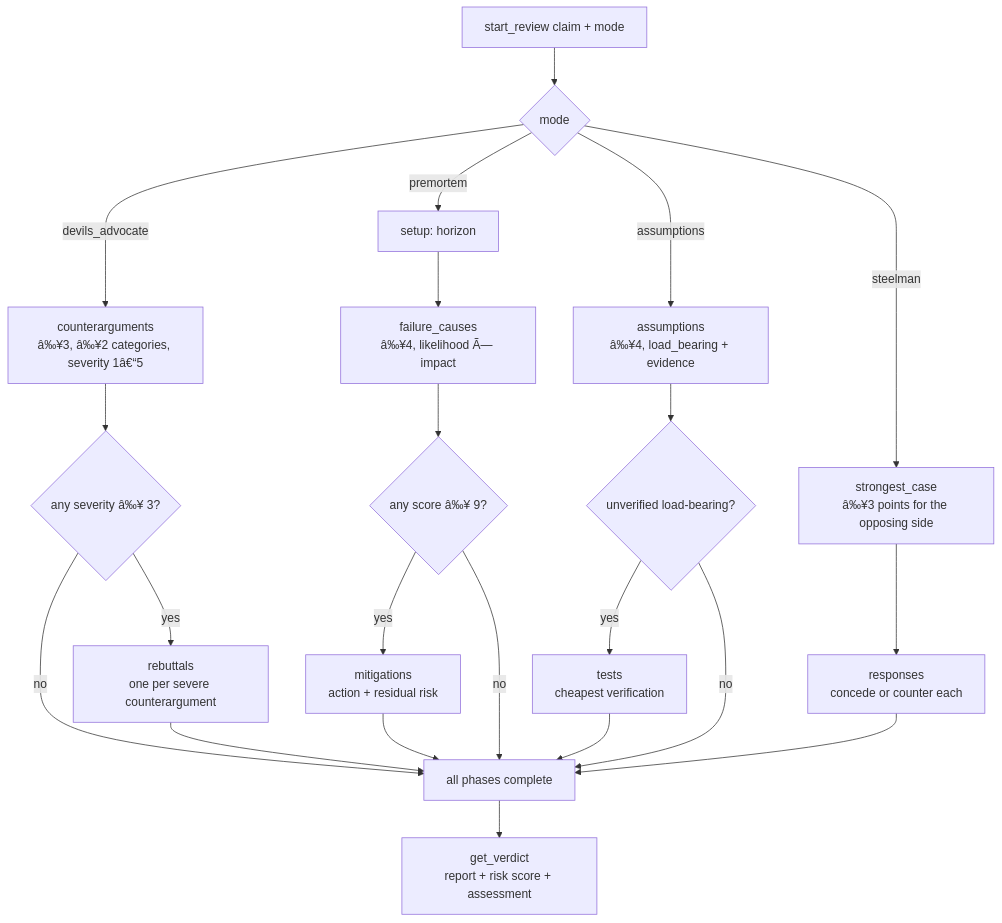
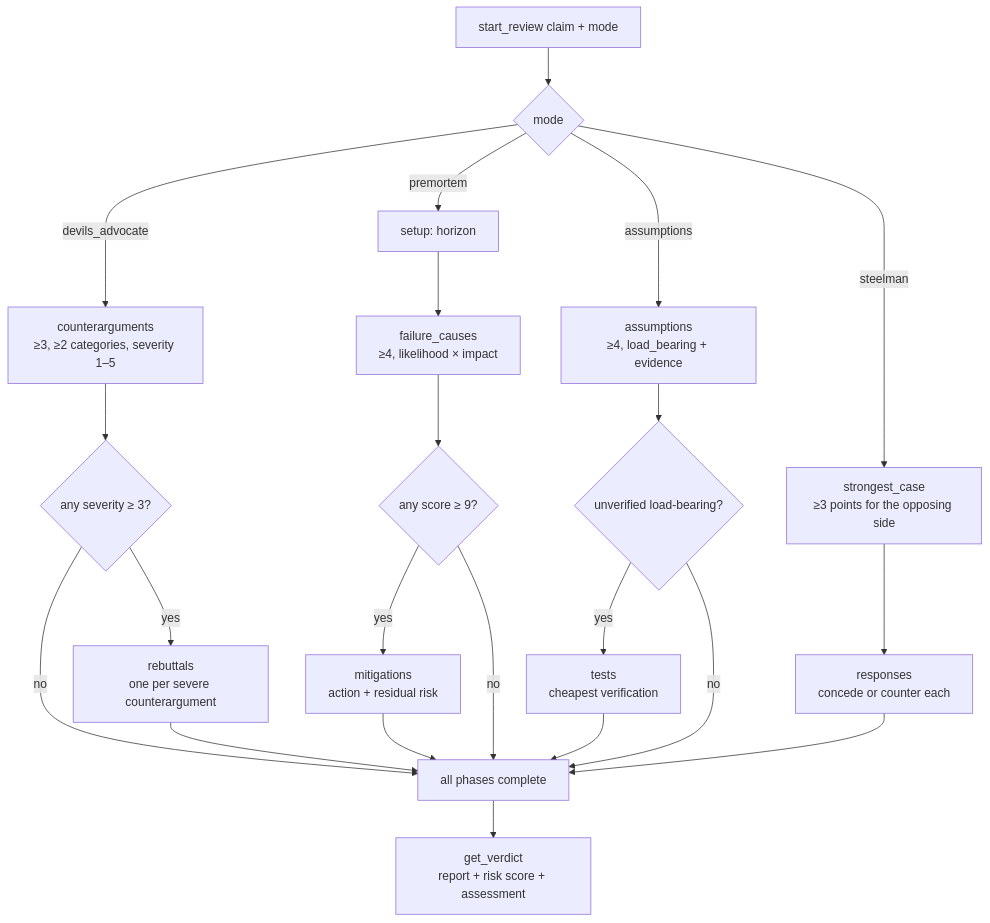
Before and after one commit to AleBrito124356/mcp-devils-advocate: the diagram in README.md, drawn with Mermaid. The commit also changed other lines of this file and 8 other files, not shown here.

````diff
--- a/README.md
+++ b/README.md
@@ -41,20 +46,20 @@
 ```mermaid
 flowchart TD
     S[start_review claim + mode] --> M{mode}
-    M -->|devils_advocate| C["counterarguments<br/>â‰¥3, â‰¥2 categories, severity 1â€“5"]
-    C --> D{any severity â‰¥ 3?}
+    M -->|devils_advocate| C["counterarguments<br/>≥3, ≥2 categories, severity 1–5"]
+    C --> D{any severity ≥ 3?}
     D -->|yes| R["rebuttals<br/>one per severe counterargument"]
     D -->|no| V
     R --> V[all phases complete]
-    M -->|premortem| P1[setup: horizon] --> P2["failure_causes<br/>â‰¥4, likelihood Ã— impact"]
-    P2 --> P3{any score â‰¥ 9?}
+    M -->|premortem| P1[setup: horizon] --> P2["failure_causes<br/>≥4, likelihood × impact"]
+    P2 --> P3{any score ≥ 9?}
     P3 -->|yes| P4["mitigations<br/>action + residual risk"] --> V
     P3 -->|no| V
-    M -->|assumptions| A1["assumptions<br/>â‰¥4, load_bearing + evidence"]
+    M -->|assumptions| A1["assumptions<br/>≥4, load_bearing + evidence"]
     A1 --> A2{unverified load-bearing?}
     A2 -->|yes| A3["tests<br/>cheapest verification"] --> V
     A2 -->|no| V
-    M -->|steelman| T1["strongest_case<br/>â‰¥3 points for the opposing side"]
+    M -->|steelman| T1["strongest_case<br/>≥3 points for the opposing side"]
     T1 --> T2["responses<br/>concede or counter each"] --> V
     V --> G["get_verdict<br/>report + risk score + assessment"]
 ```
````
